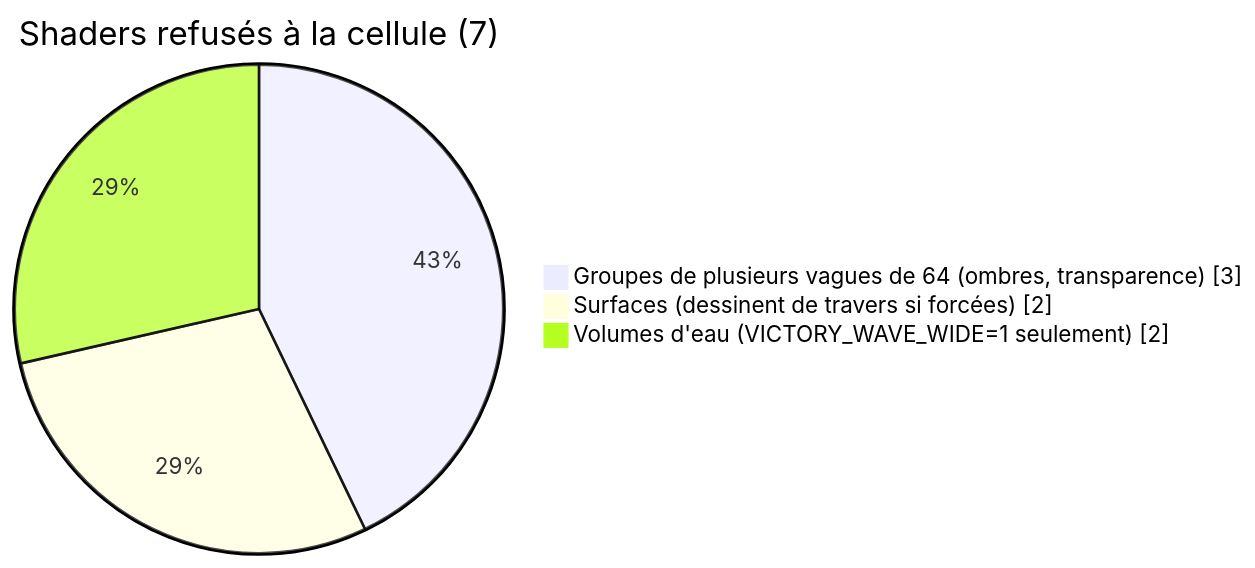
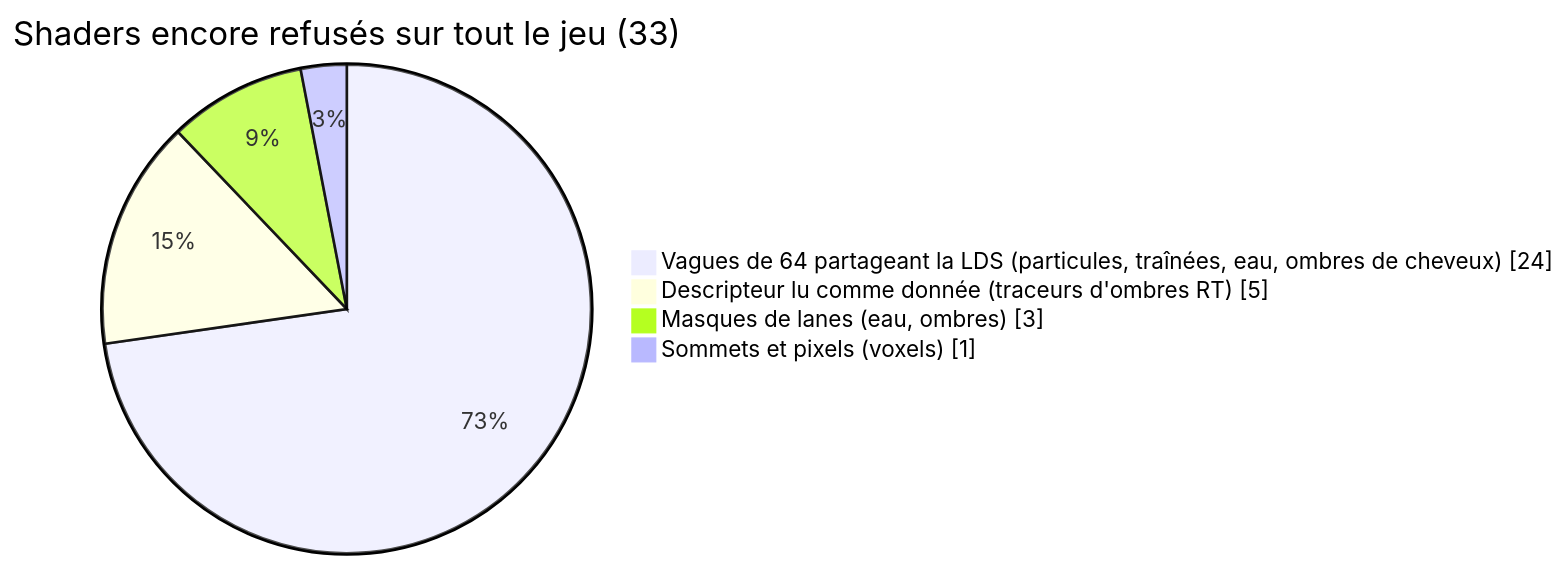
Diagram 12 of 12 in README.md (Cyanexani/cold-project-vi), drawn with Mermaid before and after one commit. The commit also changed other lines of this file and 1 other file, not shown here.

Commit message:
README: shader charts in percent after the 26/11 run (99.87 %); test notes

````diff
--- a/README.md
+++ b/README.md
@@ -270,7 +289,8 @@
 ```mermaid
 pie showData
-    title Shaders refusés à la cellule (7)
-    "Groupes de plusieurs vagues de 64 (ombres, transparence)" : 3
-    "Surfaces (dessinent de travers si forcées)" : 2
-    "Volumes d'eau (VICTORY_WAVE_WIDE=1 seulement)" : 2
+    title Shaders encore refusés sur tout le jeu (33)
+    "Vagues de 64 partageant la LDS (particules, traînées, eau, ombres de cheveux)" : 24
+    "Descripteur lu comme donnée (traceurs d'ombres RT)" : 5
+    "Masques de lanes (eau, ombres)" : 3
+    "Sommets et pixels (voxels)" : 1
 ```
````
